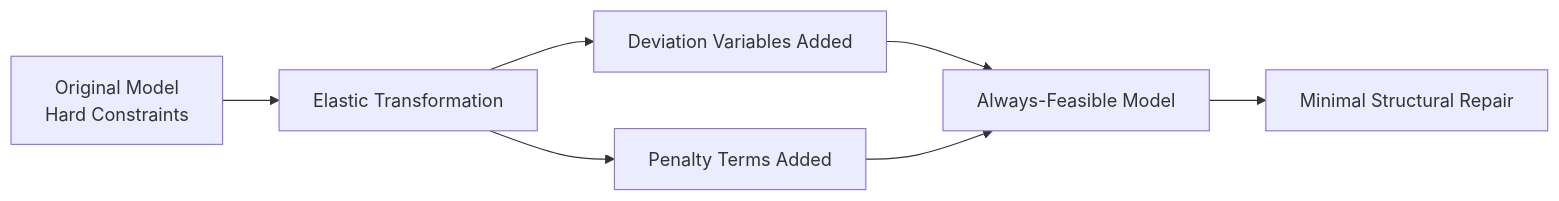
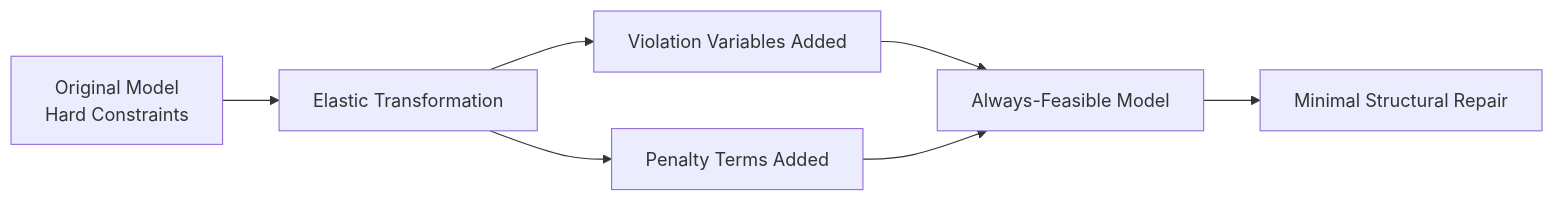
The first of 2 diagrams in README.md (ggsato/totsu), drawn with Mermaid before and after one commit. The commit also changed 1 other file, not shown here.

Commit message:
docs(elastic): finalize terminology sweep for #71

````diff
--- a/README.md
+++ b/README.md
@@ -88,9 +88,9 @@
 ```mermaid
 flowchart LR
     A["Original Model<br/>Hard Constraints"] --> B["Elastic Transformation"]
-    B --> C["Deviation Variables Added"]
+    B --> C["Violation Variables Added"]
     B --> D["Penalty Terms Added"]
     C --> E["Always-Feasible Model"]
     D --> E
     E --> F["Minimal Structural Repair"]
 ```
````
